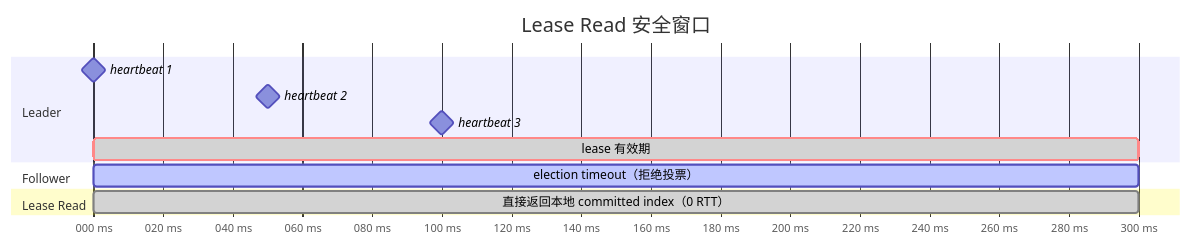
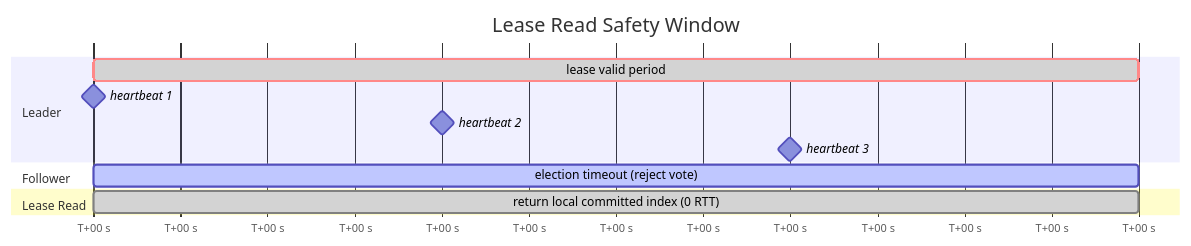
One commit to Tachone/Tachone.github.io changed the diagram in _posts/2023-06-09-raft.md. Above: the diagram before and after it, drawn with Mermaid.

````diff
--- a/_posts/2023-06-09-raft.md
+++ b/_posts/2023-06-09-raft.md
@@ -29,18 +29,18 @@
 ```mermaid
 gantt
-    title Lease Read 安全窗口
-    dateFormat x
-    axisFormat %L ms
+    title Lease Read Safety Window
+    dateFormat  YYYY-MM-DD
+    axisFormat  T+%S s
 
     section Leader
-    heartbeat 1        : milestone, h1, 0, 0
-    heartbeat 2        : milestone, h2, 100, 0
-    heartbeat 3        : milestone, h3, 200, 0
-    lease 有效期    : crit, done, 0, 300
+    lease valid period      : crit, done, 2024-01-01, 3d
+    heartbeat 1             : milestone, h1, 2024-01-01, 0d
+    heartbeat 2             : milestone, h2, 2024-01-02, 0d
+    heartbeat 3             : milestone, h3, 2024-01-03, 0d
 
     section Follower
-    election timeout（拒绝投票） : active, 0, 300
+    election timeout (reject vote) : active, 2024-01-01, 3d
 
     section Lease Read
-    直接返回本地 committed index（0 RTT） : done, 0, 300
+    return local committed index (0 RTT) : done, 2024-01-01, 3d
 ```
````
